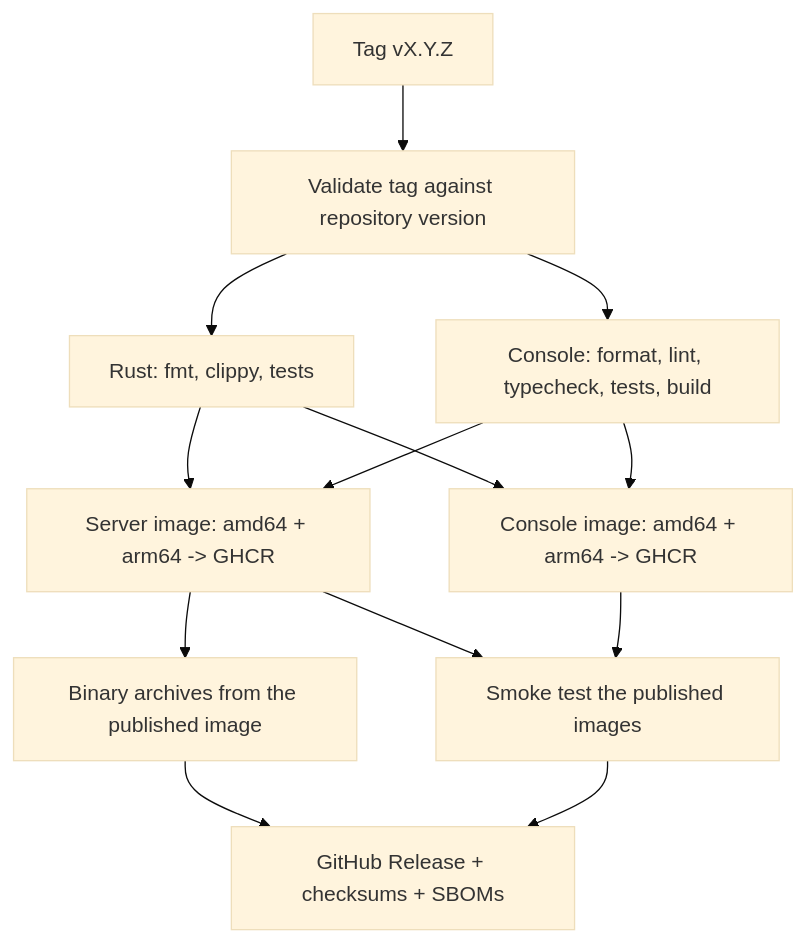
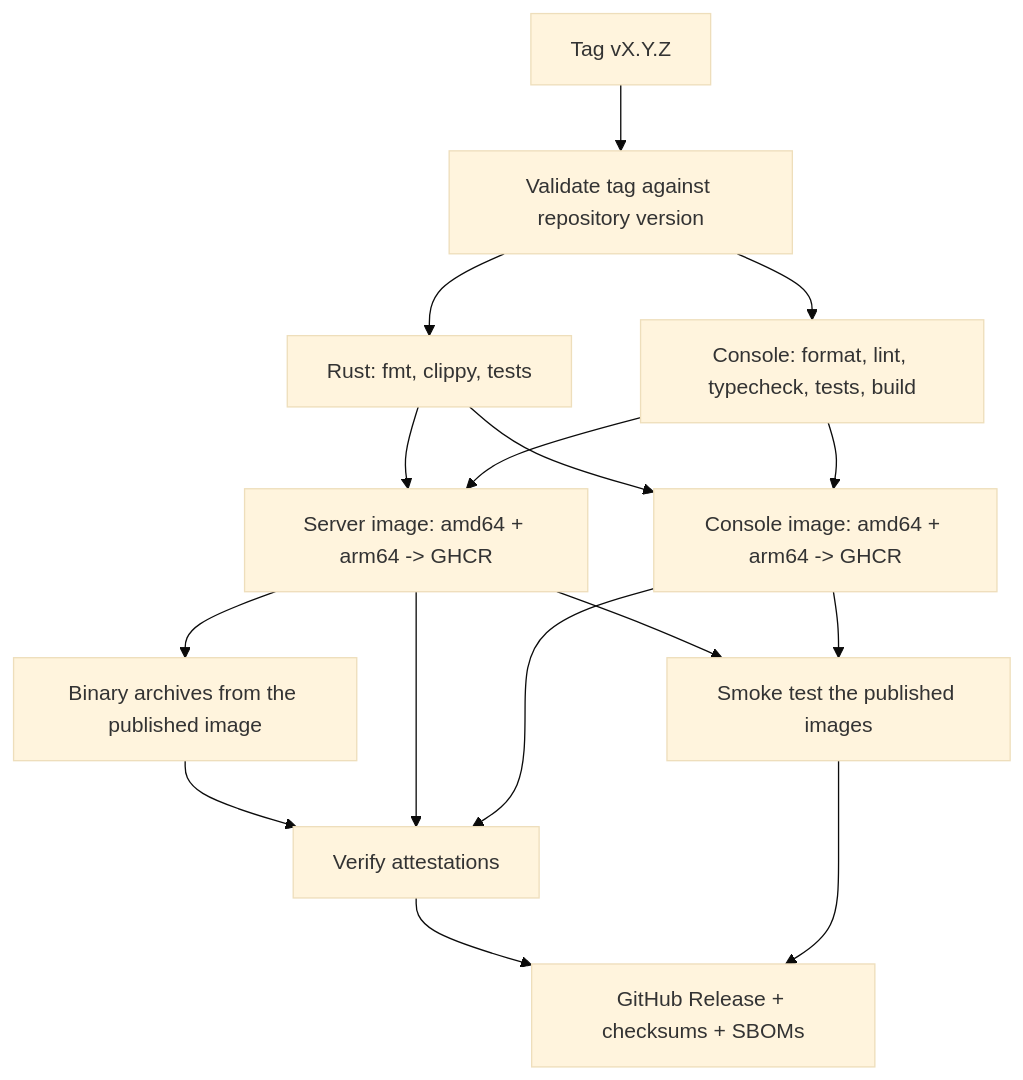
Before and after one commit to AceTheCreator/record-store: the diagram in docs/contributing/releasing.md, drawn with Mermaid (base theme). The commit also changed other lines of this file and 15 other files, not shown here.

````diff
--- a/docs/contributing/releasing.md
+++ b/docs/contributing/releasing.md
@@ -11,15 +11,18 @@
 ```mermaid
 flowchart TB
     tag[Tag vX.Y.Z] --> validate[Validate tag against repository version]
     validate --> rust[Rust: fmt, clippy, tests]
     validate --> console[Console: format, lint, typecheck, tests, build]
     rust --> server[Server image: amd64 + arm64 -> GHCR]
     console --> server
     rust --> web[Console image: amd64 + arm64 -> GHCR]
     console --> web
     server --> binaries[Binary archives from the published image]
     server --> smoke[Smoke test the published images]
     web --> smoke
-    binaries --> release[GitHub Release + checksums + SBOMs]
+    binaries --> provenance[Verify attestations]
+    server --> provenance
+    web --> provenance
+    provenance --> release[GitHub Release + checksums + SBOMs]
     smoke --> release
 ```
````
